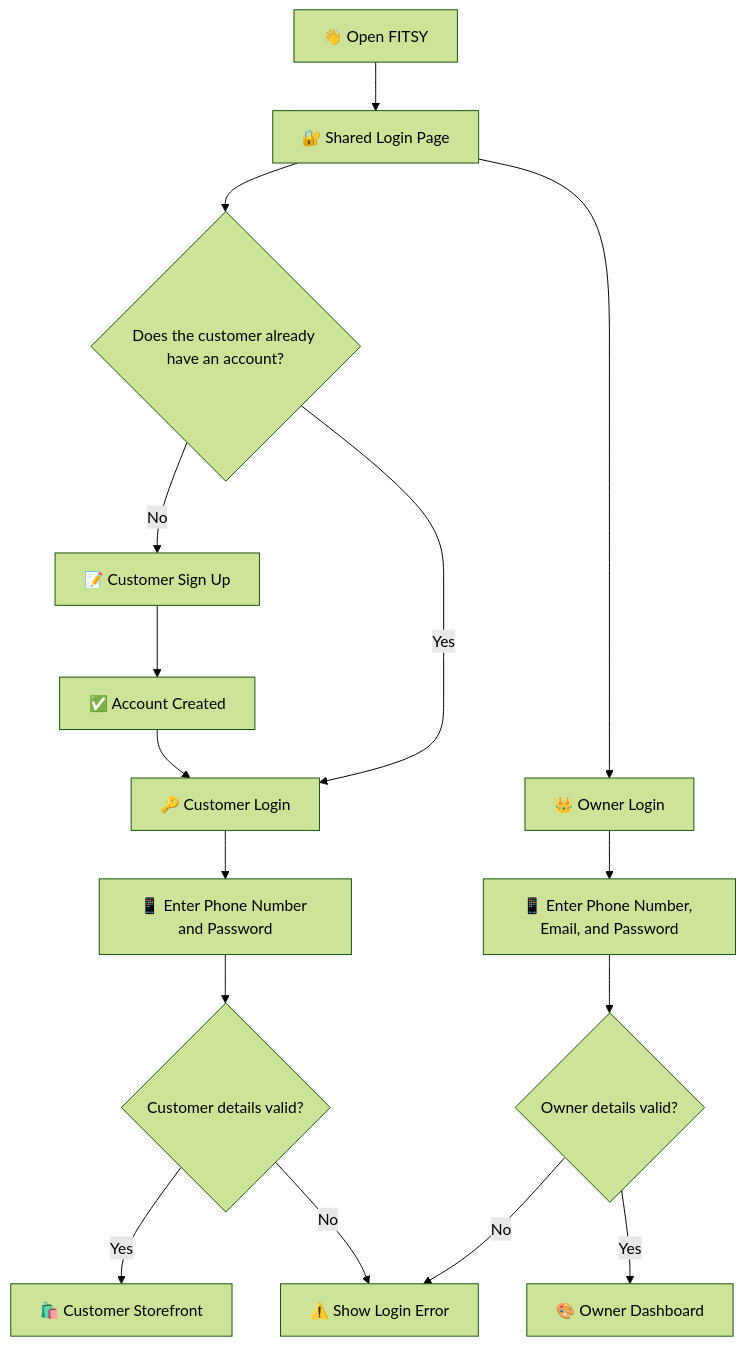
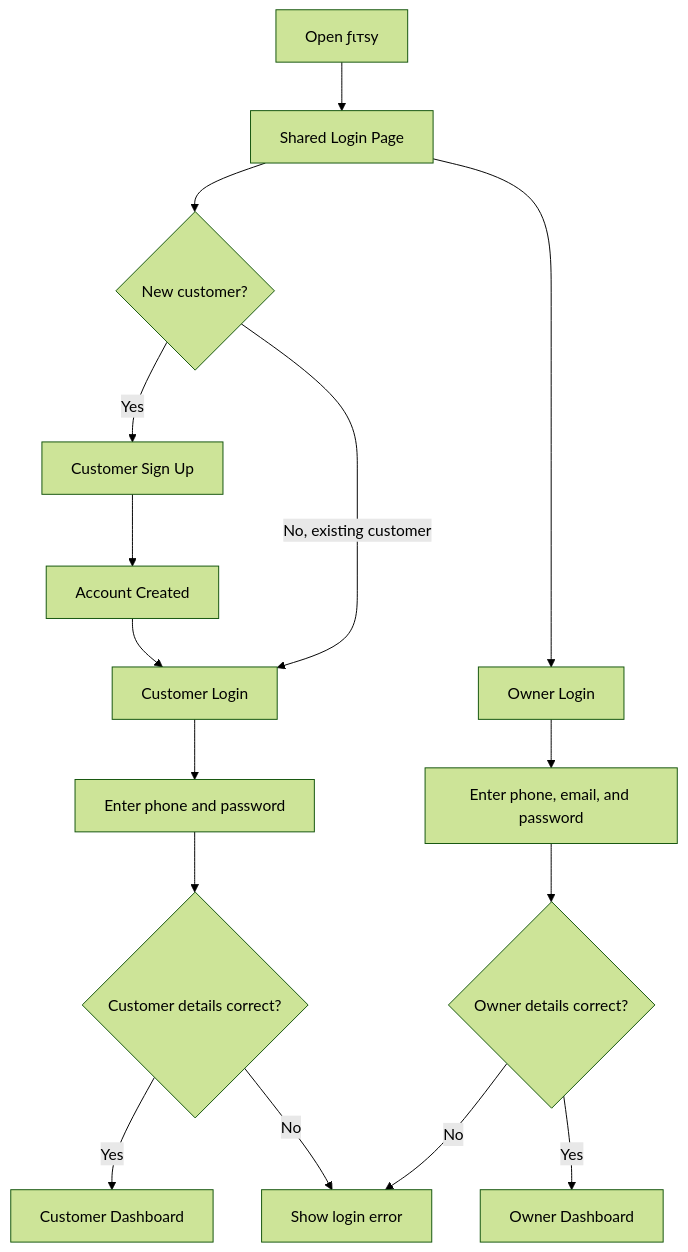
Before and after one commit to pvenkatagowthamsai-dot/FSFE_PROJECT: the first of 4 diagrams in README.md, drawn with Mermaid (forest theme). The commit also changed other lines of this file, not shown here.

````diff
--- a/README.md
+++ b/README.md
@@ -53,21 +69,21 @@
 ```mermaid
 flowchart TD
-    A["👋 Open FITSY"] --> B["🔐 Shared Login Page"]
-    B --> C{"Does the customer already have an account?"}
+    A["Open ƒιтѕу"] --> B["Shared Login Page"]
+    B --> C{"New customer?"}
 
-    C -->|"No"| D["📝 Customer Sign Up"]
-    D --> E["✅ Account Created"]
-    E --> F["🔑 Customer Login"]
+    C -->|"Yes"| D["Customer Sign Up"]
+    D --> E["Account Created"]
+    E --> F["Customer Login"]
 
-    C -->|"Yes"| F
-    F --> G["📱 Enter Phone Number and Password"]
-    G --> H{"Customer details valid?"}
-    H -->|"Yes"| I["🛍️ Customer Storefront"]
-    H -->|"No"| J["⚠️ Show Login Error"]
+    C -->|"No, existing customer"| F
+    F --> G["Enter phone and password"]
+    G --> H{"Customer details correct?"}
+    H -->|"Yes"| I["Customer Dashboard"]
+    H -->|"No"| X["Show login error"]
 
-    B --> K["👑 Owner Login"]
-    K --> L["📱 Enter Phone Number, Email, and Password"]
-    L --> M{"Owner details valid?"}
-    M -->|"Yes"| N["🎨 Owner Dashboard"]
-    M -->|"No"| J
+    B --> J["Owner Login"]
+    J --> K["Enter phone, email, and password"]
+    K --> L{"Owner details correct?"}
+    L -->|"Yes"| M["Owner Dashboard"]
+    L -->|"No"| X
 ```
````
